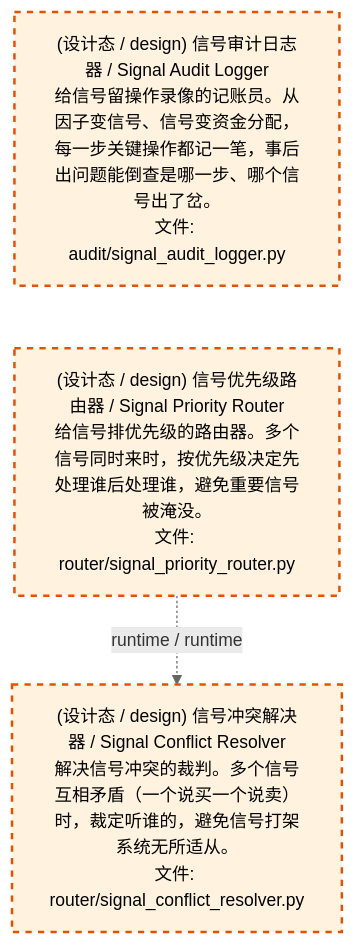
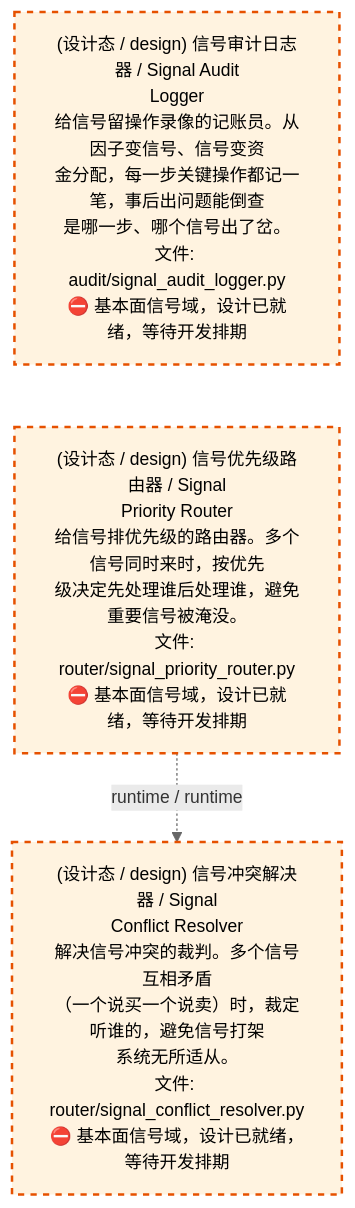
The third of 4 diagrams in docs/02_enterprise_architecture/02_domain_architecture_docs/48_d_fundamental_signal.md (xuanFelixVan/ZephyrAlpha), drawn with Mermaid before and after one commit. The commit also changed other lines of this file and 61 other files, not shown here.

````diff
--- a/docs/02_enterprise_architecture/02_domain_architecture_docs/48_d_fundamental_signal.md
+++ b/docs/02_enterprise_architecture/02_domain_architecture_docs/48_d_fundamental_signal.md
@@ -160,14 +160,14 @@
 ```mermaid
 %%{init: {'theme': 'base', 'themeVariables': {'primaryColor': '#eaeaea', 'primaryTextColor': '#333333', 'primaryBorderColor': '#666666', 'lineColor': '#666666', 'secondaryColor': '#eaeaea', 'tertiaryColor': '#eaeaea', 'fontSize': '14px'}}}%%
 flowchart TD
-    src_zephyr_signal_fundamental_audit_signal_audit_logger_py["(设计态 / design) 信号审计日志器 / Signal Audit Logger<br/>给信号留操作录像的记账员。从因子变信号、信号变资金分配，每一步关键操作都记一笔，事后出问题能倒查是哪一步、哪个信号出了岔。<br/>文件: audit/signal_audit_logger.py"]
-    src_zephyr_signal_fundamental_router_signal_priority_router_py["(设计态 / design) 信号优先级路由器 / Signal Priority Router<br/>给信号排优先级的路由器。多个信号同时来时，按优先级决定先处理谁后处理谁，避免重要信号被淹没。<br/>文件: router/signal_priority_router.py"]
+    src_zephyr_signal_fundamental_audit_signal_audit_logger_py["(设计态 / design) 信号审计日志器 / Signal Audit<br/>Logger<br/>给信号留操作录像的记账员。从因子变信号、信号变资<br/>金分配，每一步关键操作都记一笔，事后出问题能倒查<br/>是哪一步、哪个信号出了岔。<br/>文件: audit/signal_audit_logger.py<br/>⛔ 基本面信号域，设计已就绪，等待开发排期"]
+    src_zephyr_signal_fundamental_router_signal_priority_router_py["(设计态 / design) 信号优先级路由器 / Signal<br/>Priority Router<br/>给信号排优先级的路由器。多个信号同时来时，按优先<br/>级决定先处理谁后处理谁，避免重要信号被淹没。<br/>文件: router/signal_priority_router.py<br/>⛔ 基本面信号域，设计已就绪，等待开发排期"]
     src_zephyr_signal_fundamental_audit_signal_audit_logger_py ~~~ src_zephyr_signal_fundamental_router_signal_priority_router_py
-    src_zephyr_signal_fundamental_router_signal_conflict_resolver_py["(设计态 / design) 信号冲突解决器 / Signal Conflict Resolver<br/>解决信号冲突的裁判。多个信号互相矛盾（一个说买一个说卖）时，裁定听谁的，避免信号打架系统无所适从。<br/>文件: router/signal_conflict_resolver.py"]
+    src_zephyr_signal_fundamental_router_signal_conflict_resolver_py["(设计态 / design) 信号冲突解决器 / Signal<br/>Conflict Resolver<br/>解决信号冲突的裁判。多个信号互相矛盾<br/>（一个说买一个说卖）时，裁定听谁的，避免信号打架<br/>系统无所适从。<br/>文件: router/signal_conflict_resolver.py<br/>⛔ 基本面信号域，设计已就绪，等待开发排期"]
     src_zephyr_signal_fundamental_router_signal_priority_router_py -.->|runtime / runtime| src_zephyr_signal_fundamental_router_signal_conflict_resolver_py
     classDef production fill:#e1f5fe,stroke:#01579b,stroke-width:2px,color:#000
     classDef design fill:#fff3e0,stroke:#e65100,stroke-width:2px,color:#000,stroke-dasharray: 5 5
     classDef external_prod fill:#e8f4fd,stroke:#0277bd,stroke-width:1px,color:#000
     classDef external_design fill:#fff8e7,stroke:#ef6c00,stroke-width:1px,color:#000,stroke-dasharray: 5 5
     class src_zephyr_signal_fundamental_audit_signal_audit_logger_py,src_zephyr_signal_fundamental_router_signal_conflict_resolver_py,src_zephyr_signal_fundamental_router_signal_priority_router_py design
 ```
````
